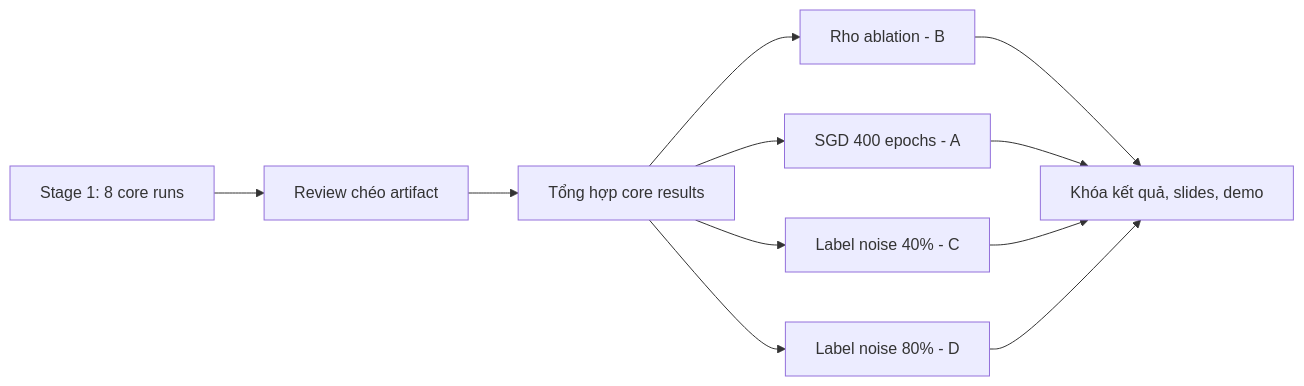
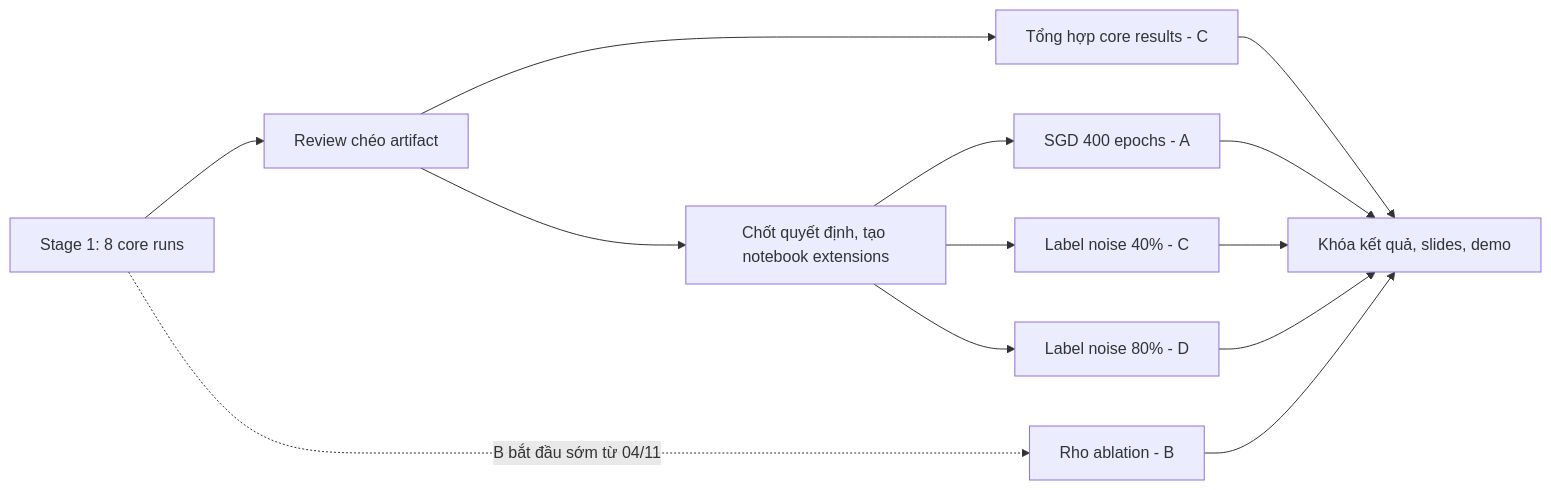
Before and after one commit to DiiKhanh/cs2229-sam-reproduction: the diagram in docs/2026-11-06-stage1-stage2-overview-vi.md, drawn with Mermaid.

Commit message:
docs: show early rho ablation and parallel aggregation in stage flow

````diff
--- a/docs/2026-11-06-stage1-stage2-overview-vi.md
+++ b/docs/2026-11-06-stage1-stage2-overview-vi.md
@@ -18,13 +18,15 @@
 ```mermaid
 flowchart LR
     S1[Stage 1: 8 core runs] --> R[Review chéo artifact]
-    R --> T[Tổng hợp core results]
-    T --> E1[Rho ablation - B]
-    T --> E2[SGD 400 epochs - A]
-    T --> E3[Label noise 40% - C]
-    T --> E4[Label noise 80% - D]
-    E1 --> F[Khóa kết quả, slides, demo]
+    R --> T[Tổng hợp core results - C]
+    R --> N[Chốt quyết định, tạo notebook extensions]
+    S1 -. B bắt đầu sớm từ 04/11 .-> E1[Rho ablation - B]
+    N --> E2[SGD 400 epochs - A]
+    N --> E3[Label noise 40% - C]
+    N --> E4[Label noise 80% - D]
+    T --> F[Khóa kết quả, slides, demo]
+    E1 --> F
     E2 --> F
     E3 --> F
     E4 --> F
 ```
````
